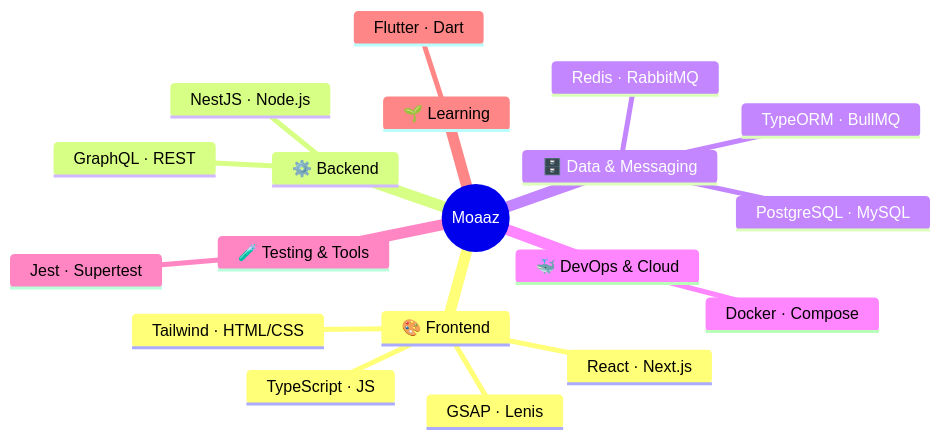
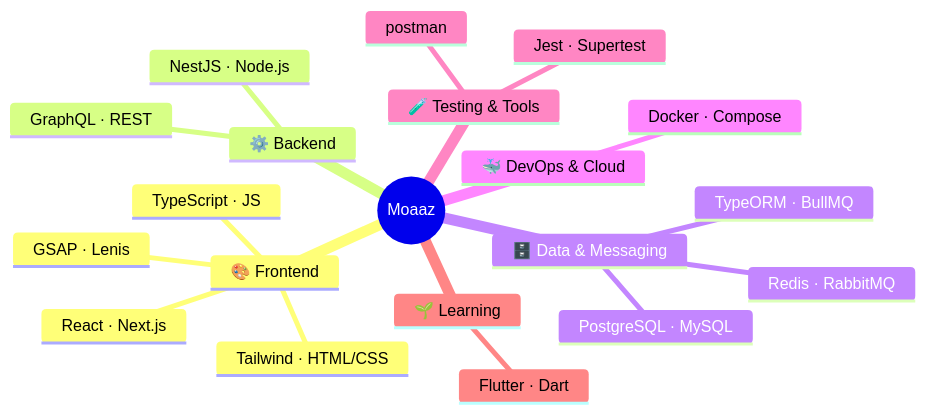
One commit to MoaazHF/MoaazHF changed the diagram in README.md. Above: the diagram before and after it, drawn with Mermaid.

````diff
--- a/README.md
+++ b/README.md
@@ -96,22 +96,23 @@
 ```mermaid
 mindmap
   root((Moaaz))
     🎨 Frontend
       React · Next.js
       TypeScript · JS
       Tailwind · HTML/CSS
       GSAP · Lenis
     ⚙️ Backend
       NestJS · Node.js
       GraphQL · REST
     🗄️ Data & Messaging
       PostgreSQL · MySQL
       Redis · RabbitMQ
       TypeORM · BullMQ
     🐳 DevOps & Cloud
       Docker · Compose
     🧪 Testing & Tools
+      postman
       Jest · Supertest
     🌱 Learning
       Flutter · Dart
 ```
````
